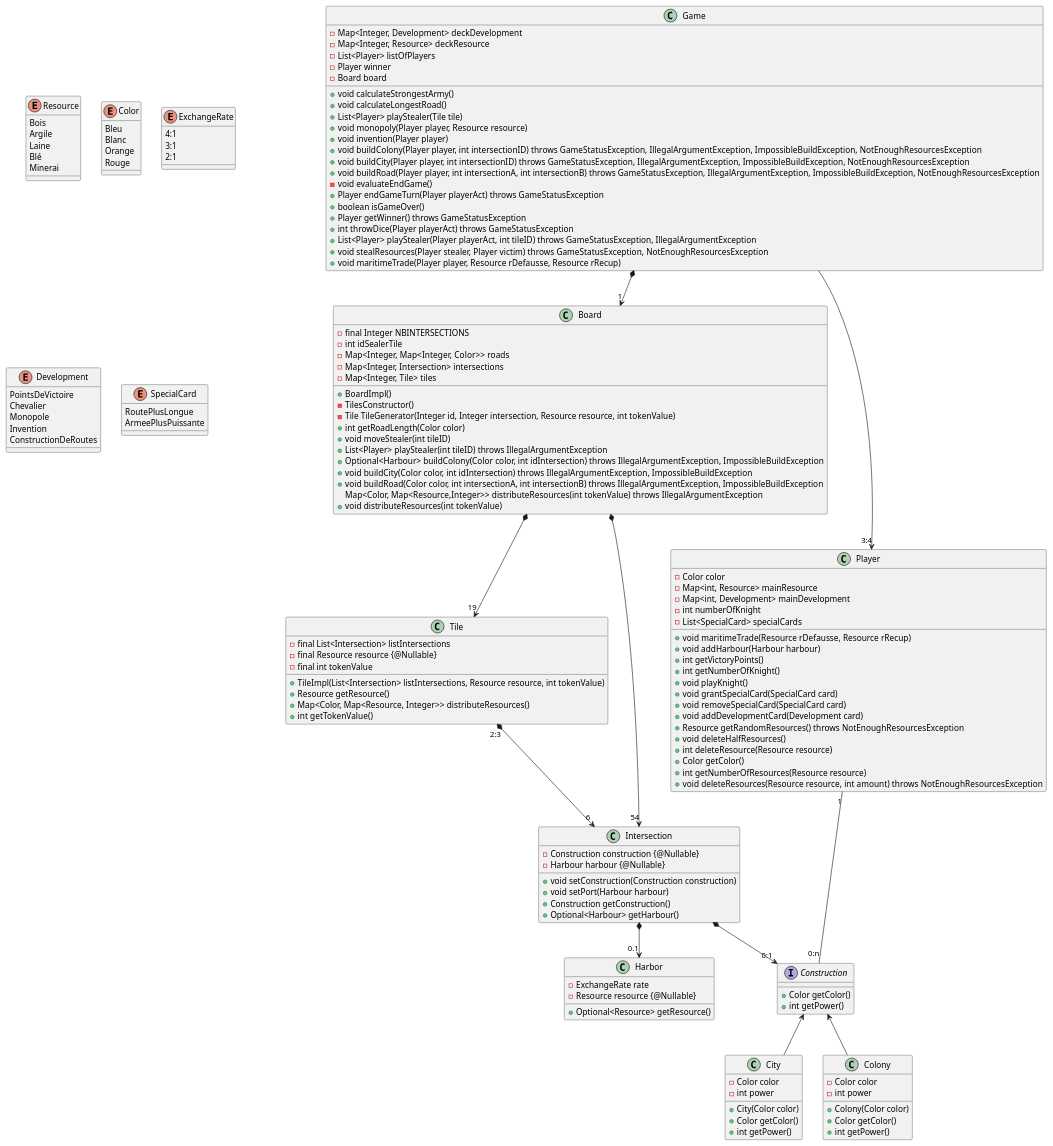
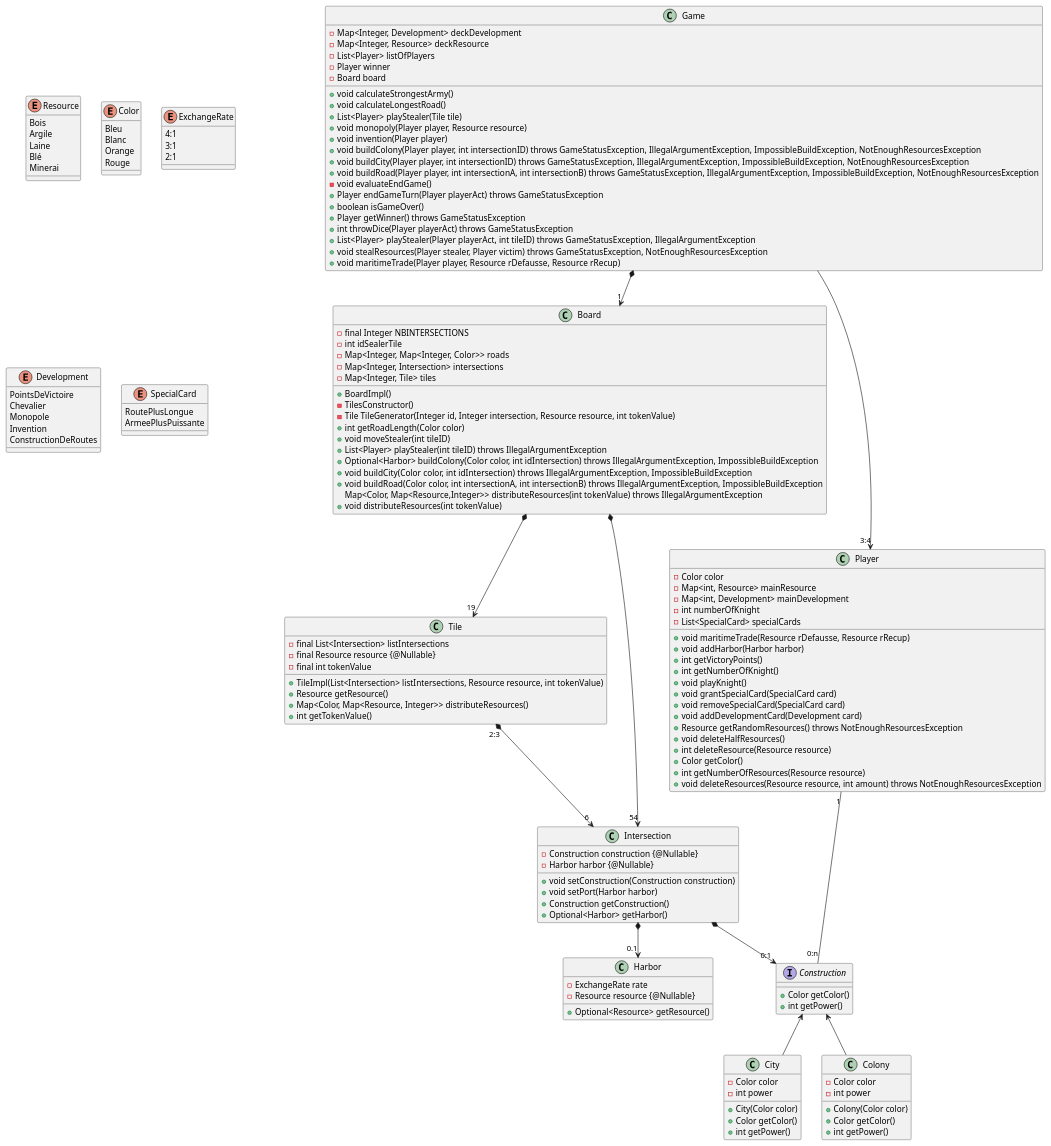
Before and after one commit to Lapin-Obez/colon_de_catane: the diagram in catan-doc/modules/conception/examples/gameClassDiag.plantuml, drawn with PlantUML. The commit also changed 8 other files, not shown here.

Commit message:
Changing from `Harbour` to `Harbor`

```diff
--- a/catan-doc/modules/conception/examples/gameClassDiag.plantuml
+++ b/catan-doc/modules/conception/examples/gameClassDiag.plantuml
@@ -1,174 +1,174 @@
 @startuml
 
 enum Resource {
     Bois
     Argile
     Laine
     Blé
     Minerai
 }
 
 enum Color {
     Bleu
     Blanc
     Orange
     Rouge
 }
 
 enum ExchangeRate {
     4:1
     3:1
     2:1
 }
 
 enum Development {
     PointsDeVictoire
     Chevalier
     Monopole
     Invention
     ConstructionDeRoutes
 }
 
 enum SpecialCard {
     RoutePlusLongue
     ArmeePlusPuissante
 }
 
 class Game {
     - Map<Integer, Development> deckDevelopment
     - Map<Integer, Resource> deckResource
     - List<Player> listOfPlayers
     - Player winner
     - Board board
 
     + void calculateStrongestArmy()
     + void calculateLongestRoad()
     + List<Player> playStealer(Tile tile)
     + void monopoly(Player player, Resource resource)
     + void invention(Player player)
     + void buildColony(Player player, int intersectionID) throws GameStatusException, IllegalArgumentException, ImpossibleBuildException, NotEnoughResourcesException
     + void buildCity(Player player, int intersectionID) throws GameStatusException, IllegalArgumentException, ImpossibleBuildException, NotEnoughResourcesException
     + void buildRoad(Player player, int intersectionA, int intersectionB) throws GameStatusException, IllegalArgumentException, ImpossibleBuildException, NotEnoughResourcesException
     - void evaluateEndGame()
     + Player endGameTurn(Player playerAct) throws GameStatusException
     + boolean isGameOver()
     + Player getWinner() throws GameStatusException
     + int throwDice(Player playerAct) throws GameStatusException
     + List<Player> playStealer(Player playerAct, int tileID) throws GameStatusException, IllegalArgumentException
     + void stealResources(Player stealer, Player victim) throws GameStatusException, NotEnoughResourcesException
     + void maritimeTrade(Player player, Resource rDefausse, Resource rRecup)
 }
 
 class Board {
     - final Integer NBINTERSECTIONS
     - int idSealerTile
     - Map<Integer, Map<Integer, Color>> roads
     - Map<Integer, Intersection> intersections
     - Map<Integer, Tile> tiles
 
     + BoardImpl()
     - TilesConstructor()
     - Tile TileGenerator(Integer id, Integer intersection, Resource resource, int tokenValue)
     + int getRoadLength(Color color)
     + void moveStealer(int tileID)
     + List<Player> playStealer(int tileID) throws IllegalArgumentException
-    +Optional<Harbour> buildColony(Color color, int idIntersection) throws IllegalArgumentException, ImpossibleBuildException
+    +Optional<Harbor> buildColony(Color color, int idIntersection) throws IllegalArgumentException, ImpossibleBuildException
     + void buildCity(Color color, int idIntersection) throws IllegalArgumentException, ImpossibleBuildException
     + void buildRoad(Color color, int intersectionA, int intersectionB) throws IllegalArgumentException, ImpossibleBuildException
     Map<Color, Map<Resource,Integer>> distributeResources(int tokenValue) throws IllegalArgumentException
     + void distributeResources(int tokenValue)
 }
 
 class Harbor{
     - ExchangeRate rate
     - Resource resource {@Nullable}
 
     + Optional<Resource> getResource()
 }
 
 class Tile{
     - final List<Intersection> listIntersections
     - final Resource resource {@Nullable}
     - final int tokenValue
 
     + TileImpl(List<Intersection> listIntersections, Resource resource, int tokenValue)
     + Resource getResource()
     + Map<Color, Map<Resource, Integer>> distributeResources()
     + int getTokenValue()
 }
 
 class Intersection{
     - Construction construction {@Nullable}
-    - Harbour harbour {@Nullable}
+    - Harbor harbor {@Nullable}
 
     + void setConstruction(Construction construction)
-    + void setPort(Harbour harbour)
+    + void setPort(Harbor harbor)
     + Construction getConstruction()
-    + Optional<Harbour> getHarbour()
+    + Optional<Harbor> getHarbor()
 }
 
 class Player{
     - Color color
     - Map<int, Resource> mainResource
     - Map<int, Development> mainDevelopment
     - int numberOfKnight
     - List<SpecialCard> specialCards
 
     + void maritimeTrade(Resource rDefausse, Resource rRecup)
-    + void addHarbour(Harbour harbour)
+    + void addHarbor(Harbor harbor)
     + int getVictoryPoints()
     + int getNumberOfKnight()
     + void playKnight()
     + void grantSpecialCard(SpecialCard card)
     + void removeSpecialCard(SpecialCard card)
     + void addDevelopmentCard(Development card)
     + Resource getRandomResources() throws NotEnoughResourcesException
     + void deleteHalfResources()
     + int deleteResource(Resource resource)
     + Color getColor()
     + int getNumberOfResources(Resource resource)
     + void deleteResources(Resource resource, int amount) throws NotEnoughResourcesException
 }
 
 interface Construction {
     + Color getColor()
     + int getPower()
 }
 
 class City {
     - Color color
     - int power
 
     + City(Color color)
     + Color getColor()
     + int getPower()
 }
 
 class Colony {
     - Color color
     - int power
 
     + Colony(Color color)
     + Color getColor()
     + int getPower()
 }
 
 
 
 Construction <-d- City
 Construction <-d- Colony
 
 
 Game *--> "1" Board
 Board *--> "19" Tile
 Board *--> "54" Intersection
 
 Tile "2:3" *-->"6" Intersection
 Intersection *--> "0:1" Construction
 
 Intersection *--> "0.1" Harbor
 
 Game --> "3:4" Player
 Player "1" -- "0:n" Construction
 
 @enduml
```
